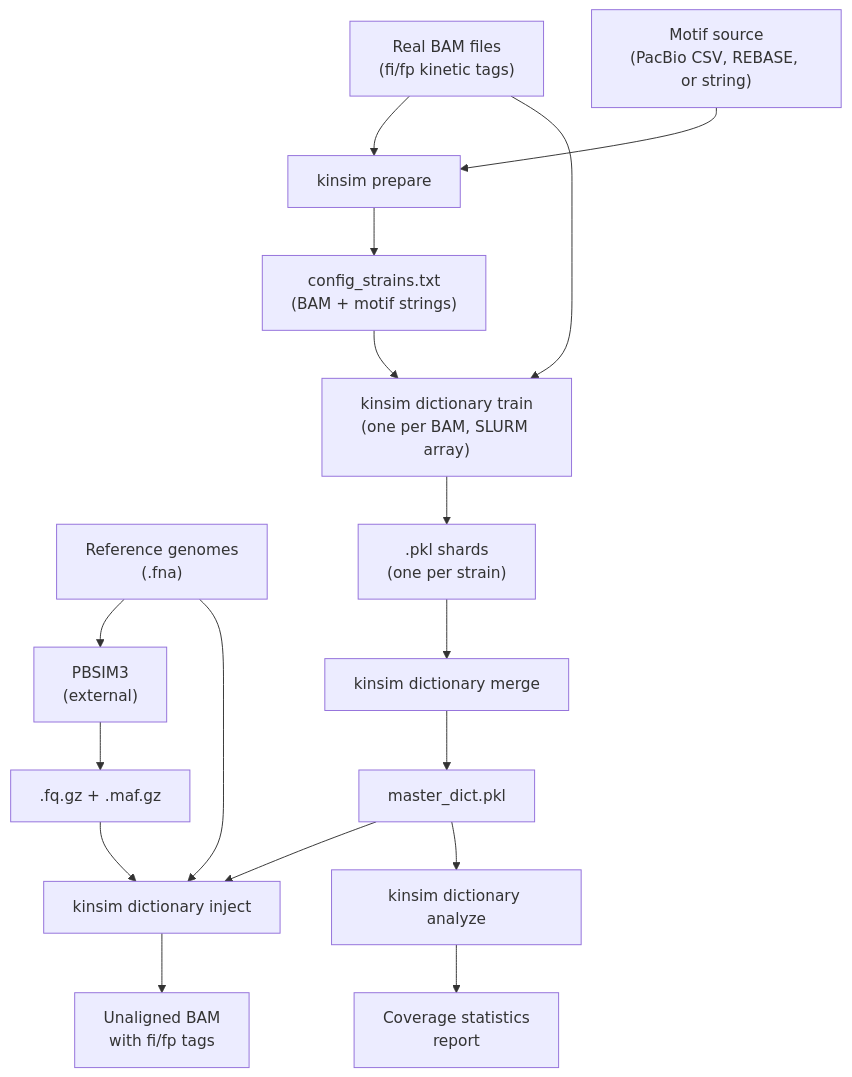
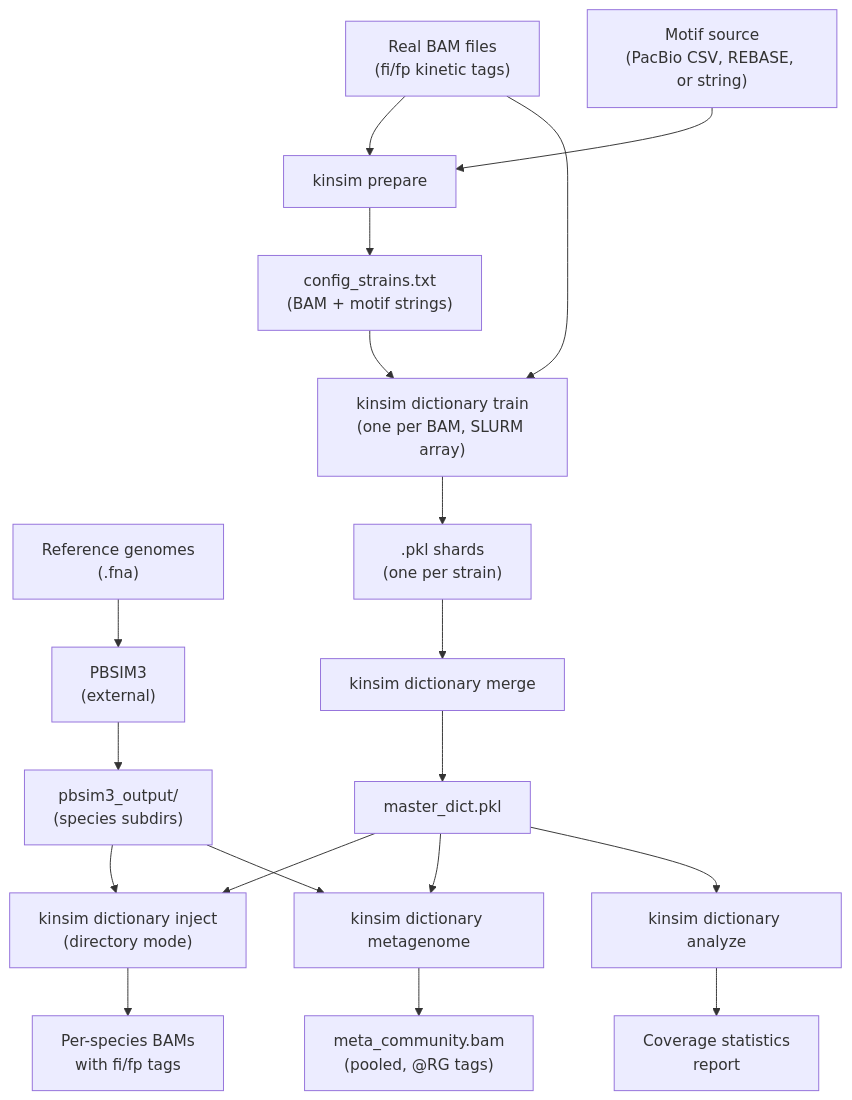
Before and after one commit to NicolasDutilleux/KinSim: the first of 4 diagrams in README.md, drawn with Mermaid. The commit also changed other lines of this file and 9 other files, not shown here.

````diff
--- a/README.md
+++ b/README.md
@@ -33,26 +33,29 @@
 ```mermaid
 flowchart TD
     BAM["Real BAM files\n(fi/fp kinetic tags)"]
     MOTIFS["Motif source\n(PacBio CSV, REBASE, or string)"]
     PBSIM3["PBSIM3\n(external)"]
     REF["Reference genomes\n(.fna)"]
 
     BAM & MOTIFS --> PREPARE["kinsim prepare"]
     PREPARE --> CONFIG["config_strains.txt\n(BAM + motif strings)"]
 
     CONFIG --> TRAIN["kinsim dictionary train\n(one per BAM, SLURM array)"]
     BAM --> TRAIN
     TRAIN --> SHARDS[".pkl shards\n(one per strain)"]
 
     SHARDS --> MERGE["kinsim dictionary merge"]
     MERGE --> MASTER["master_dict.pkl"]
 
     REF --> PBSIM3
-    PBSIM3 --> FQ[".fq.gz + .maf.gz"]
+    PBSIM3 --> PBSIM3OUT["pbsim3_output/\n(species subdirs)"]
 
-    MASTER & FQ & REF --> INJECT["kinsim dictionary inject"]
-    INJECT --> OUTPUT["Unaligned BAM\nwith fi/fp tags"]
+    MASTER & PBSIM3OUT --> INJECT["kinsim dictionary inject\n(directory mode)"]
+    INJECT --> OUTPUT["Per-species BAMs\nwith fi/fp tags"]
+
+    MASTER & PBSIM3OUT --> METAGENOME["kinsim dictionary metagenome"]
+    METAGENOME --> METABAM["meta_community.bam\n(pooled, @RG tags)"]
 
     MASTER --> ANALYZE["kinsim dictionary analyze"]
     ANALYZE --> STATS["Coverage statistics\nreport"]
 ```
````
